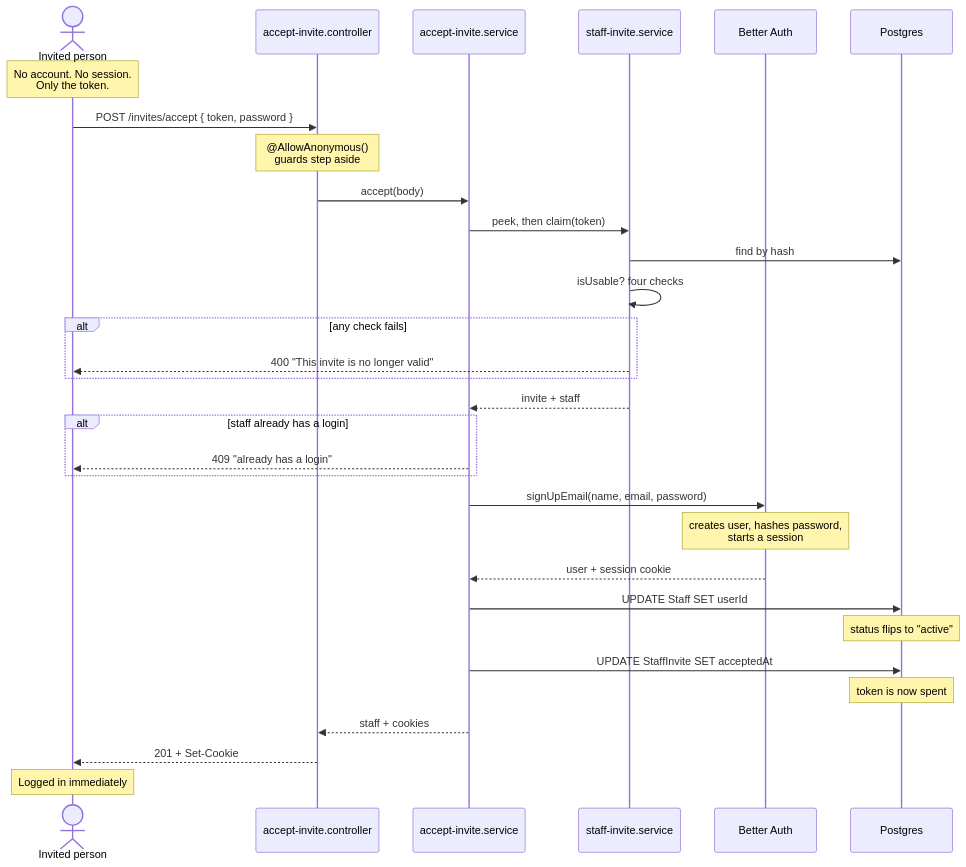
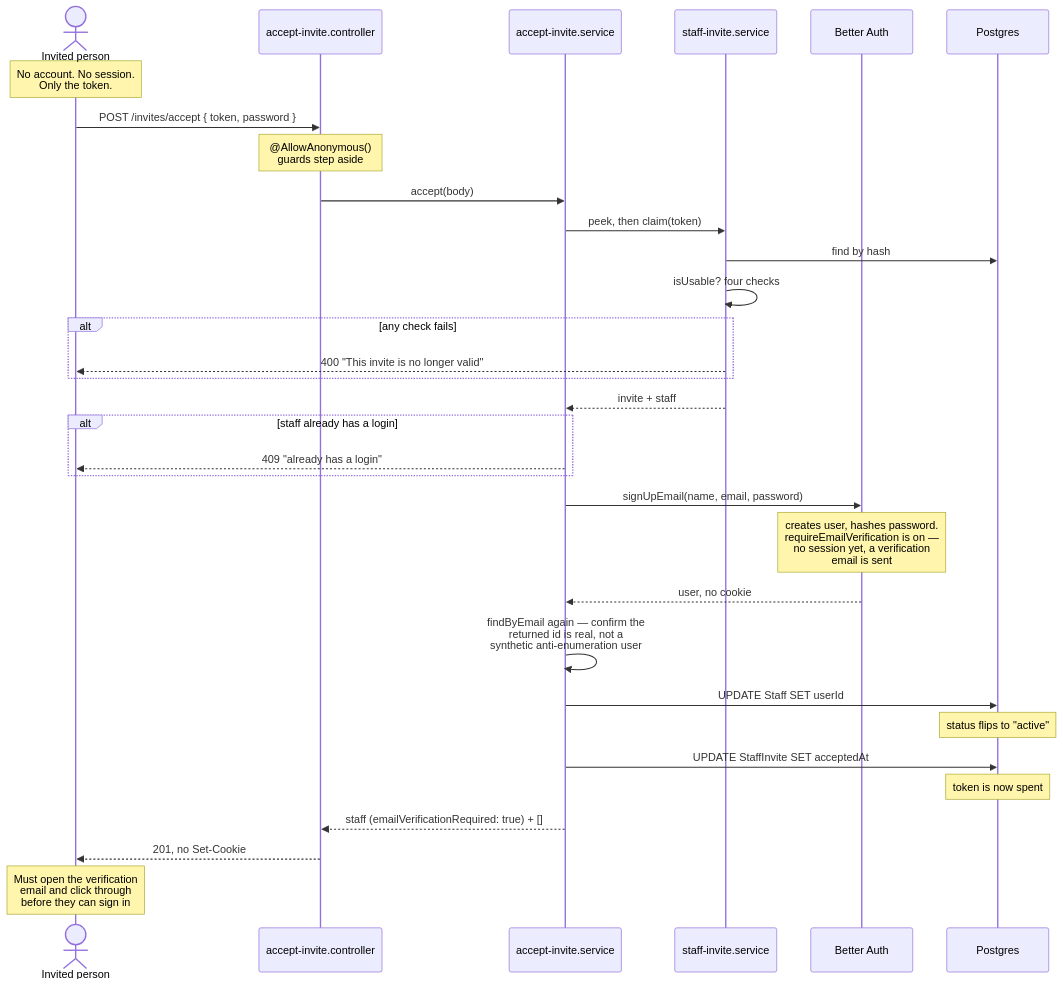
Before and after one commit to chuba-cn/koru: the fifth of 11 diagrams in docs/architecture/staff-invitations.md, drawn with Mermaid. The commit also changed other lines of this file and 18 other files, not shown here.

````diff
--- a/docs/architecture/staff-invitations.md
+++ b/docs/architecture/staff-invitations.md
@@ -136,34 +136,35 @@
 ```mermaid
 sequenceDiagram
     actor User as Invited person
     participant Ctrl as accept-invite.controller
     participant AS as accept-invite.service
     participant Inv as staff-invite.service
     participant BA as Better Auth
     participant DB as Postgres
 
     Note over User: No account. No session.<br/>Only the token.
     User->>Ctrl: POST /invites/accept { token, password }
     Note over Ctrl: @AllowAnonymous()<br/>guards step aside
     Ctrl->>AS: accept(body)
     AS->>Inv: peek, then claim(token)
     Inv->>DB: find by hash
     Inv->>Inv: isUsable? four checks
     alt any check fails
         Inv-->>User: 400 "This invite is no longer valid"
     end
     Inv-->>AS: invite + staff
     alt staff already has a login
         AS-->>User: 409 "already has a login"
     end
     AS->>BA: signUpEmail(name, email, password)
-    Note over BA: creates user, hashes password,<br/>starts a session
-    BA-->>AS: user + session cookie
+    Note over BA: creates user, hashes password.<br/>requireEmailVerification is on —<br/>no session yet, a verification<br/>email is sent
+    BA-->>AS: user, no cookie
+    AS->>AS: findByEmail again — confirm the<br/>returned id is real, not a<br/>synthetic anti-enumeration user
     AS->>DB: UPDATE Staff SET userId
     Note over DB: status flips to "active"
     AS->>DB: UPDATE StaffInvite SET acceptedAt
     Note over DB: token is now spent
-    AS-->>Ctrl: staff + cookies
-    Ctrl-->>User: 201 + Set-Cookie
-    Note over User: Logged in immediately
+    AS-->>Ctrl: staff (emailVerificationRequired: true) + []
+    Ctrl-->>User: 201, no Set-Cookie
+    Note over User: Must open the verification<br/>email and click through<br/>before they can sign in
 ```
````
